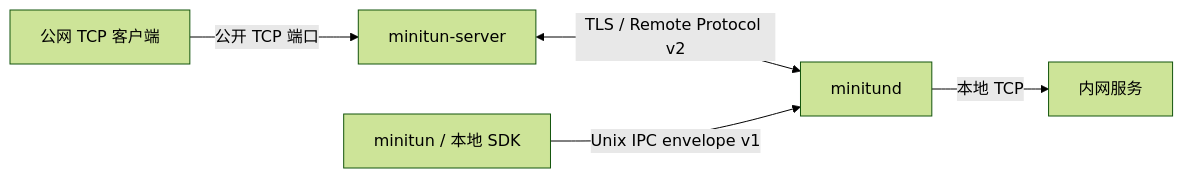
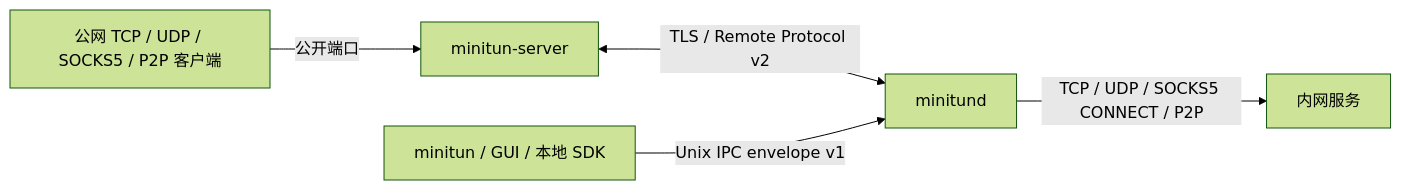
One commit to Albert-Li-Sz/MiniTUN changed the diagram in README.md. Above: the diagram before and after it, drawn with Mermaid (forest theme). The commit also changed other lines of this file and 90 other files, not shown here.

Commit message:
feat: add extended transports gui and remote sdk

````diff
--- a/README.md
+++ b/README.md
@@ -41,7 +49,7 @@
 ```mermaid
 flowchart LR
-    user["公网 TCP 客户端"] -->|"公开 TCP 端口"| server["minitun-server"]
+    user["公网 TCP / UDP / SOCKS5 / P2P 客户端"] -->|"公开端口"| server["minitun-server"]
     server <-->|"TLS / Remote Protocol v2"| daemon["minitund"]
-    cli["minitun / 本地 SDK"] -->|"Unix IPC envelope v1"| daemon
-    daemon -->|"本地 TCP"| service["内网服务"]
+    control["minitun / GUI / 本地 SDK"] -->|"Unix IPC envelope v1"| daemon
+    daemon -->|"TCP / UDP / SOCKS5 CONNECT / P2P"| service["内网服务"]
 ```
````
